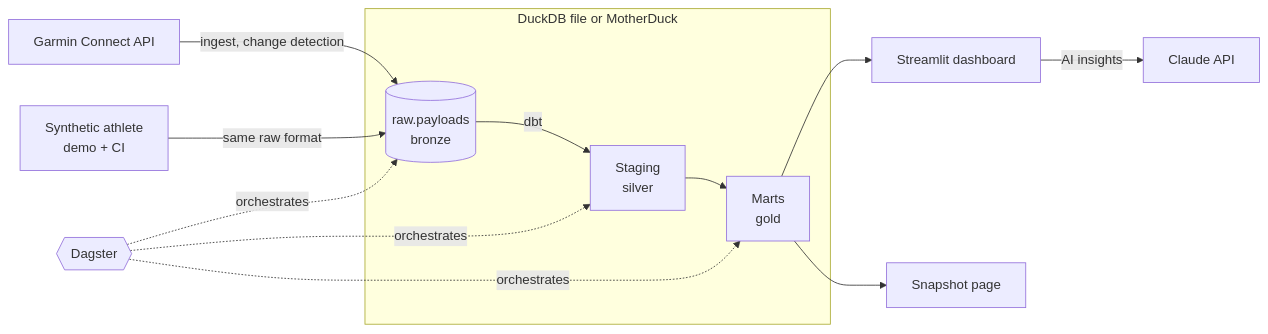
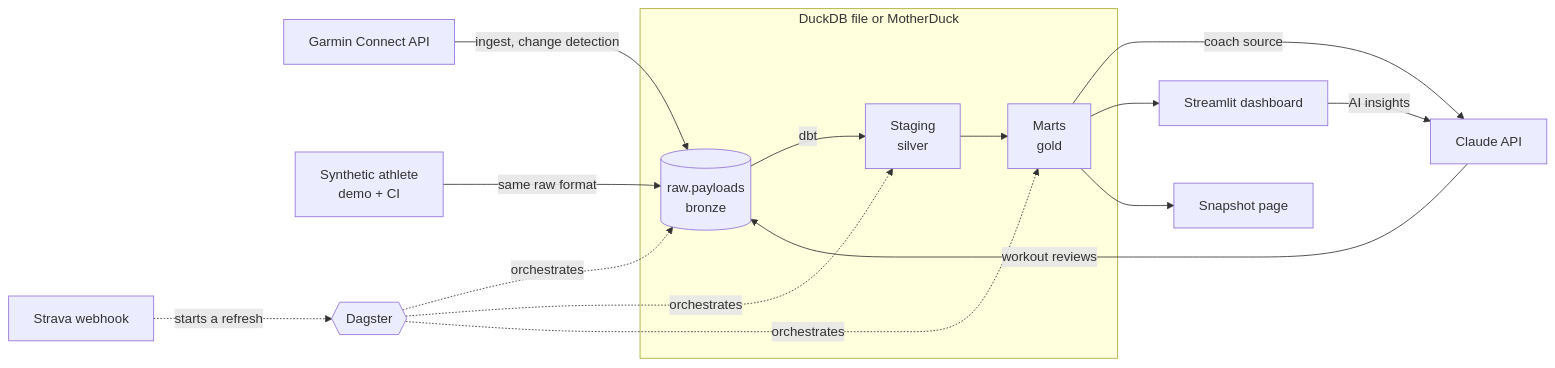
The diagram in README.md (arnogarstman/garmin_project), drawn with Mermaid before and after one commit. The commit also changed other lines of this file and 31 other files, not shown here.

First line of the commit message:
Review every new workout with Claude, refreshed by a Strava webhook

````diff
--- a/README.md
+++ b/README.md
@@ -18,13 +18,16 @@
 ```mermaid
 flowchart LR
     G[Garmin Connect API] -->|ingest, change detection| R
     S[Synthetic athlete<br/>demo + CI] -->|same raw format| R
     subgraph DB[DuckDB file or MotherDuck]
         R[(raw.payloads<br/>bronze)] -->|dbt| ST[Staging<br/>silver]
         ST --> M[Marts<br/>gold]
     end
+    M -->|coach source| C[Claude API]
+    C -->|workout reviews| R
     M --> D[Streamlit dashboard]
     M --> P[Snapshot page]
-    D -->|AI insights| C[Claude API]
+    D -->|AI insights| C
+    W[Strava webhook] -.starts a refresh.-> O
     O{{Dagster}} -.orchestrates.-> R & ST & M
 ```
````
